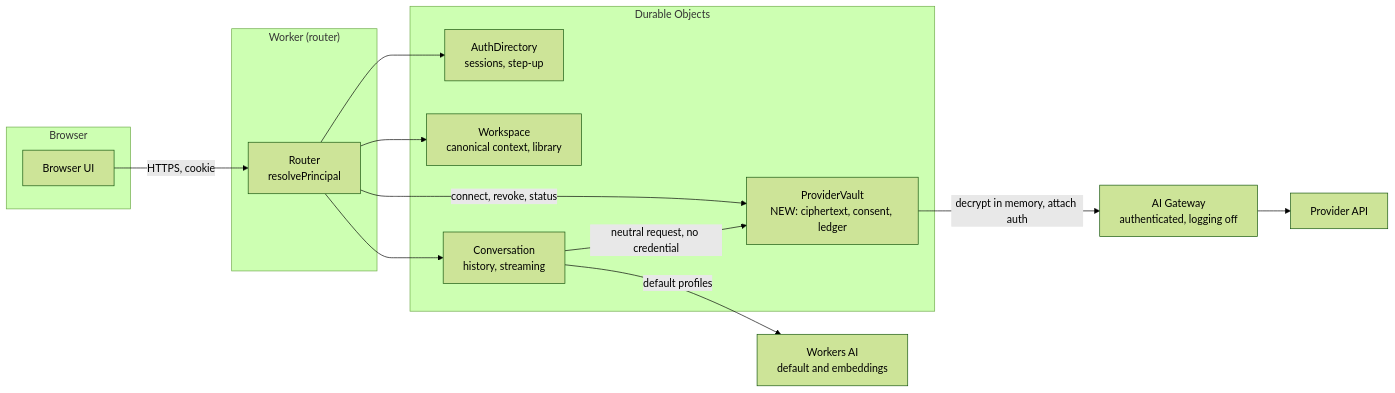
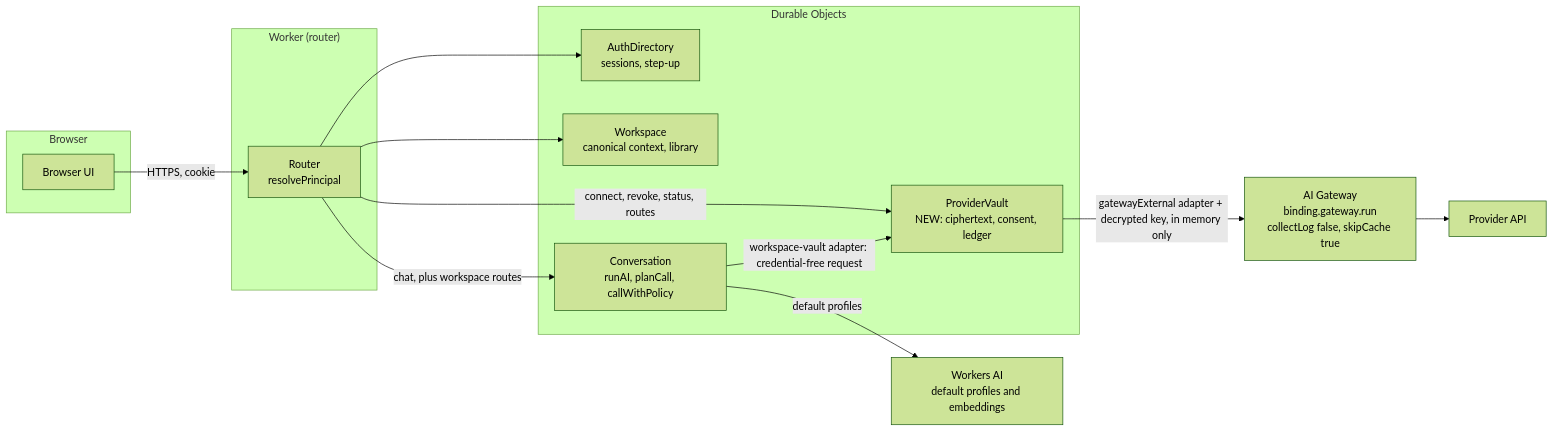
Before and after one commit to parthrohit22/lyta: the first of 3 diagrams in docs/design/byop.md, drawn with Mermaid (forest theme). The commit also changed other lines of this file, not shown here.

First line of the commit message:
docs(security): align BYOP design with the PR #32 registry and gateway

````diff
--- a/docs/design/byop.md
+++ b/docs/design/byop.md
@@ -93,28 +115,28 @@
 ```mermaid
 flowchart LR
     subgraph Browser
         UI[Browser UI]
     end
     subgraph Worker["Worker (router)"]
         R[Router<br/>resolvePrincipal]
     end
     subgraph DOs["Durable Objects"]
         A[AuthDirectory<br/>sessions, step-up]
         W[Workspace<br/>canonical context, library]
-        C[Conversation<br/>history, streaming]
+        C[Conversation<br/>runAI, planCall, callWithPolicy]
         V[ProviderVault<br/>NEW: ciphertext, consent, ledger]
     end
-    GW[AI Gateway<br/>authenticated, logging off]
+    GW[AI Gateway<br/>binding.gateway.run<br/>collectLog false, skipCache true]
     P[Provider API]
-    WAI[Workers AI<br/>default and embeddings]
+    WAI[Workers AI<br/>default profiles and embeddings]
 
     UI -->|HTTPS, cookie| R
     R --> A
     R --> W
-    R -->|connect, revoke, status| V
-    R --> C
-    C -->|neutral request, no credential| V
-    V -->|decrypt in memory, attach auth| GW
+    R -->|connect, revoke, status, routes| V
+    R -->|chat, plus workspace routes| C
+    C -->|"workspace-vault adapter: credential-free request"| V
+    V -->|"gatewayExternal adapter + decrypted key, in memory only"| GW
     GW --> P
     C -->|default profiles| WAI
 ```
````
